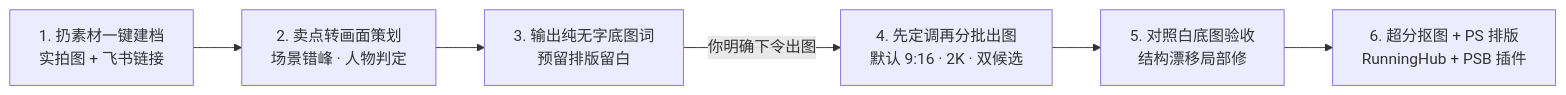
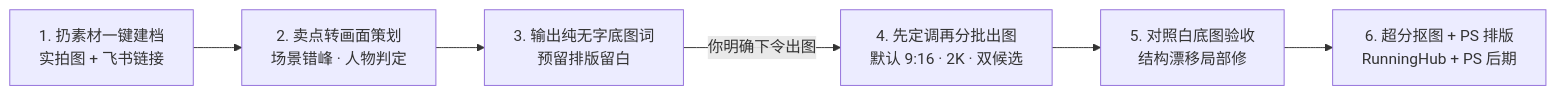
One commit to Hill2048/dumik-design-plugins changed the diagram in README.md. Above: the diagram before and after it, drawn with Mermaid. The commit also changed other lines of this file and 14 other files, not shown here.

````diff
--- a/README.md
+++ b/README.md
@@ -17,8 +17,8 @@
 ```mermaid
 flowchart LR
     A["1. 扔素材一键建档<br/>实拍图 + 飞书链接"] --> B["2. 卖点转画面策划<br/>场景错峰 · 人物判定"]
     B --> C["3. 输出纯无字底图词<br/>预留排版留白"]
     C -->|"你明确下令出图"| D["4. 先定调再分批出图<br/>默认 9:16 · 2K · 双候选"]
     D --> E["5. 对照白底图验收<br/>结构漂移局部修"]
-    E --> F["6. 超分抠图 + PS 排版<br/>RunningHub + PSB 插件"]
+    E --> F["6. 超分抠图 + PS 排版<br/>RunningHub + PS 后期"]
 ```
````
